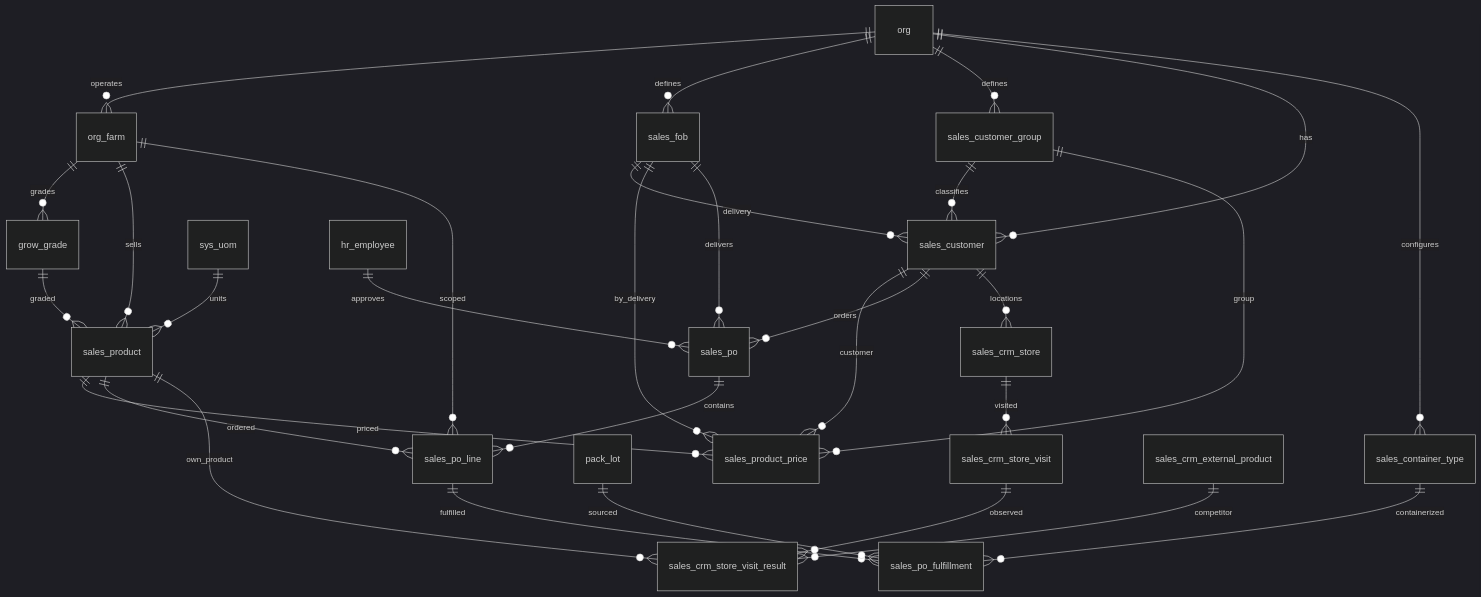
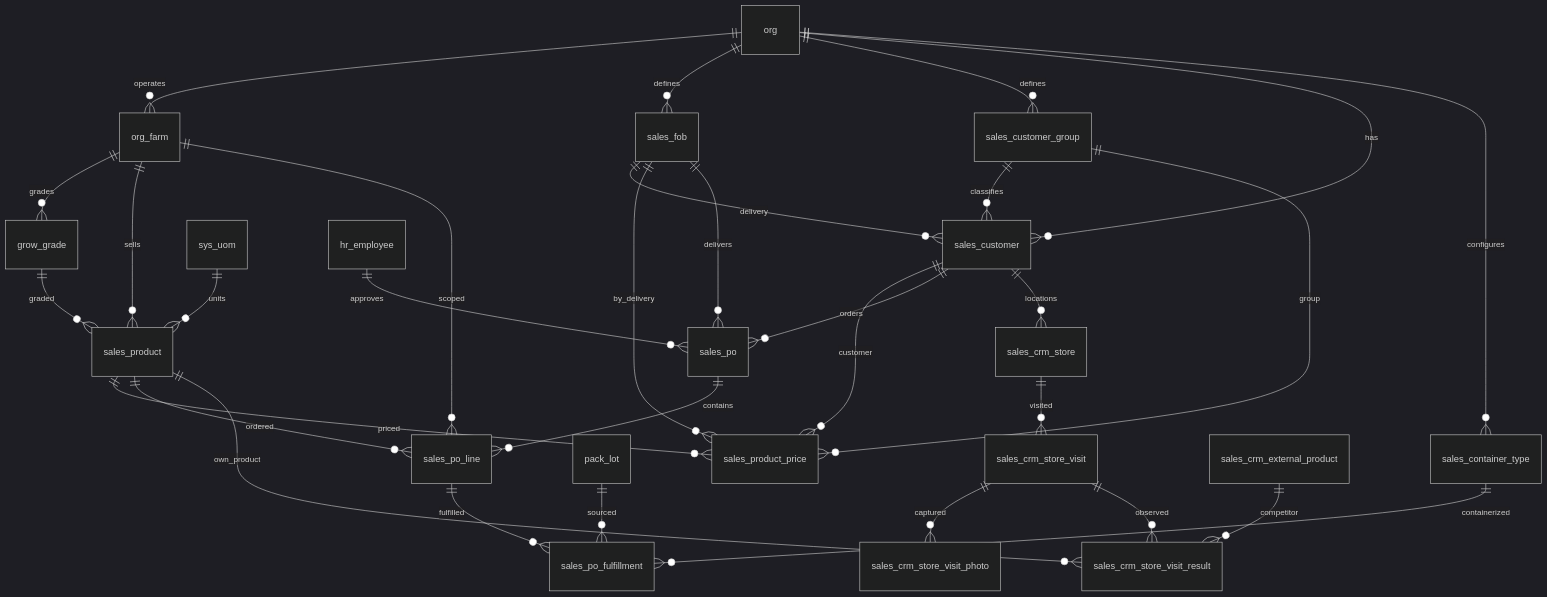
Before and after one commit to Hawaii-Farming/aloha-app: the diagram in docs/schemas/20260401000008_sales.md, drawn with Mermaid (dark theme). The commit also changed other lines of this file and 5 other files, not shown here.

First line of the commit message:
Add store visit photo table, remove customer_notes and is_action_required

````diff
--- a/docs/schemas/20260401000008_sales.md
+++ b/docs/schemas/20260401000008_sales.md
@@ -11,32 +11,33 @@
 ```mermaid
 erDiagram
     org ||--o{ org_farm : operates
     org ||--o{ sales_fob : defines
     org ||--o{ sales_customer_group : defines
     org ||--o{ sales_customer : has
     sales_customer_group ||--o{ sales_customer : classifies
     sales_fob ||--o{ sales_customer : delivery
     org_farm ||--o{ grow_grade : grades
     org_farm ||--o{ sales_product : sells
     grow_grade ||--o{ sales_product : graded
     sys_uom ||--o{ sales_product : units
     sales_product ||--o{ sales_product_price : priced
     sales_fob ||--o{ sales_product_price : by_delivery
     sales_customer ||--o{ sales_product_price : customer
     sales_customer_group ||--o{ sales_product_price : group
     sales_customer ||--o{ sales_po : orders
     sales_fob ||--o{ sales_po : delivers
     org_farm ||--o{ sales_po_line : scoped
     sales_po ||--o{ sales_po_line : contains
     sales_product ||--o{ sales_po_line : ordered
     sales_po_line ||--o{ sales_po_fulfillment : fulfilled
     pack_lot ||--o{ sales_po_fulfillment : sourced
     sales_container_type ||--o{ sales_po_fulfillment : containerized
     sales_customer ||--o{ sales_crm_store : locations
     sales_crm_store ||--o{ sales_crm_store_visit : visited
+    sales_crm_store_visit ||--o{ sales_crm_store_visit_photo : captured
     sales_crm_store_visit ||--o{ sales_crm_store_visit_result : observed
     sales_product ||--o{ sales_crm_store_visit_result : own_product
     sales_crm_external_product ||--o{ sales_crm_store_visit_result : competitor
     org ||--o{ sales_container_type : configures
     hr_employee ||--o{ sales_po : approves
 ```
````
